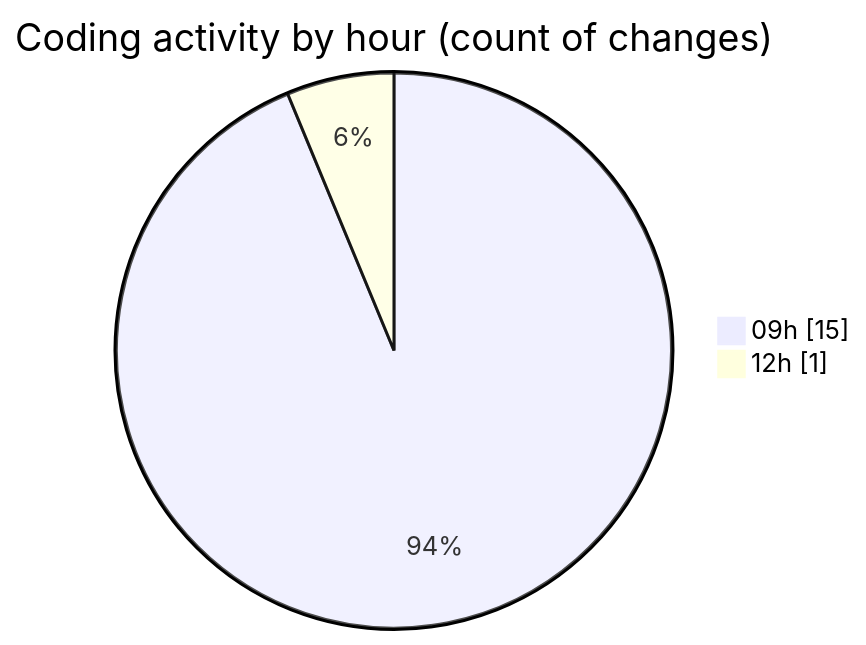
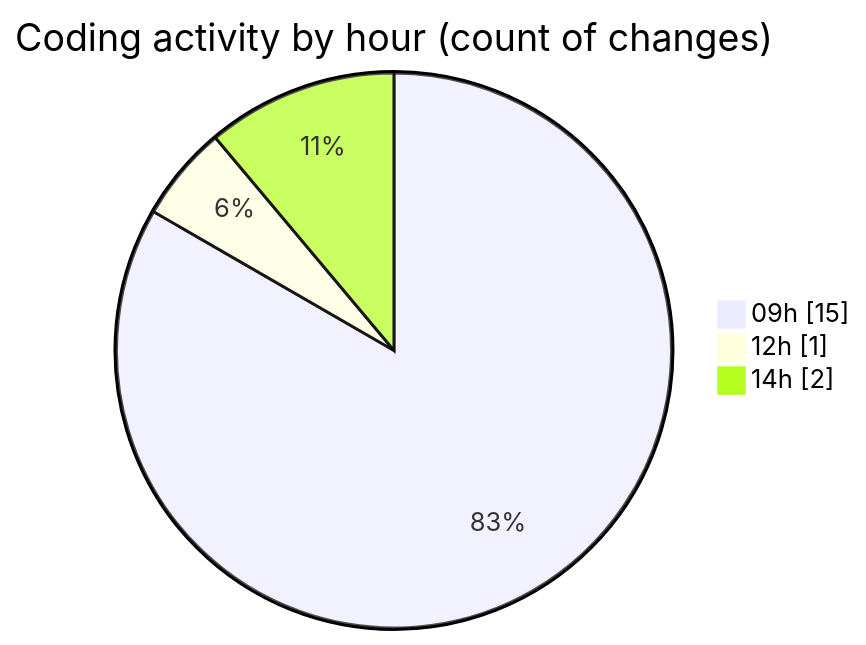
Before and after one commit to momahboobian/code-tracking: the second of 2 diagrams in 2026-09-08/cda/README.md, drawn with Mermaid. The commit also changed other lines of this file and 1 other file, not shown here.

````diff
--- a/2026-09-08/cda/README.md
+++ b/2026-09-08/cda/README.md
@@ -45,6 +47,7 @@
 ```mermaid
 pie showData
 title Coding activity by hour (count of changes)
 "09h" : 15
 "12h" : 1
+"14h" : 2
 ```
````
